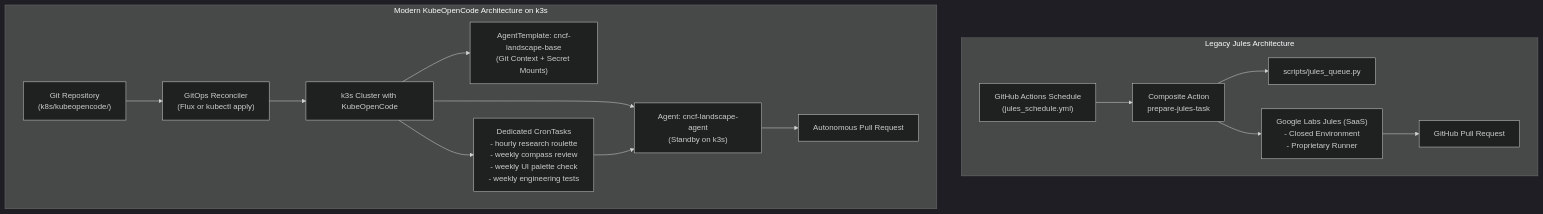
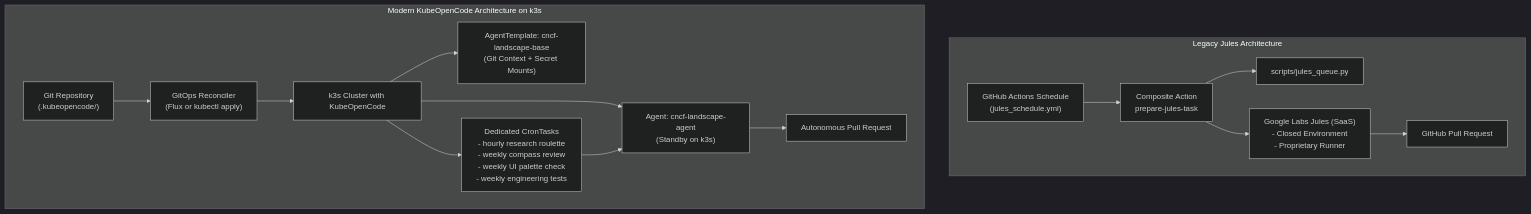
The diagram in website/content/posts/migrating-from-jules-to-kubeopencode.md (mekitmedia/cncf-landscape-a-to-z), drawn with Mermaid (dark theme) before and after one commit. The commit also changed other lines of this file and 11 other files, not shown here.

````diff
--- a/website/content/posts/migrating-from-jules-to-kubeopencode.md
+++ b/website/content/posts/migrating-from-jules-to-kubeopencode.md
@@ -44,19 +44,19 @@
 ```mermaid
 graph TD
     subgraph Legacy["Legacy Jules Architecture"]
         GHA["GitHub Actions Schedule<br/>(jules_schedule.yml)"] --> Composite["Composite Action<br/>prepare-jules-task"]
         Composite --> PythonCLI["scripts/jules_queue.py"]
         Composite --> JulesSaaS["Google Labs Jules (SaaS)<br/>- Closed Environment<br/>- Proprietary Runner"]
         JulesSaaS --> PR1["GitHub Pull Request"]
     end
 
     subgraph Modern["Modern KubeOpenCode Architecture on k3s"]
-        GitRepo["Git Repository<br/>(k8s/kubeopencode/)"] --> Reconciler["GitOps Reconciler<br/>(Flux or kubectl apply)"]
+        GitRepo["Git Repository<br/>(.kubeopencode/)"] --> Reconciler["GitOps Reconciler<br/>(Flux or kubectl apply)"]
         Reconciler --> K3s["k3s Cluster with KubeOpenCode"]
         K3s --> Template["AgentTemplate: cncf-landscape-base<br/>(Git Context + Secret Mounts)"]
         K3s --> Agent["Agent: cncf-landscape-agent<br/>(Standby on k3s)"]
         K3s --> CronTasks["Dedicated CronTasks<br/>- hourly research roulette<br/>- weekly compass review<br/>- weekly UI palette check<br/>- weekly engineering tests"]
         CronTasks --> Agent
         Agent --> PR2["Autonomous Pull Request"]
     end
 ```
````
